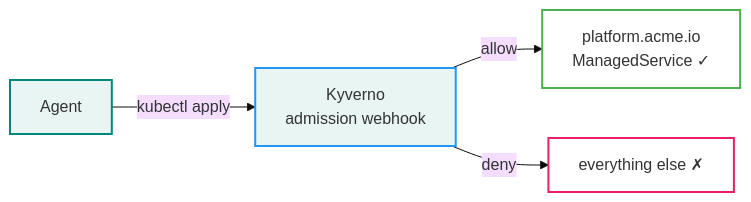
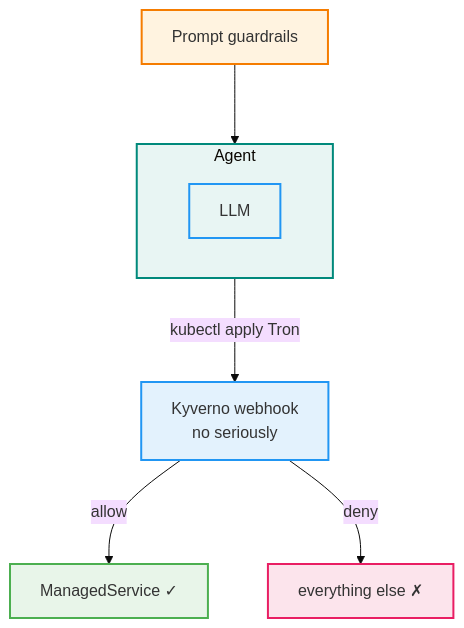
Diagram 15 of 15 in docs/talk/slides-your-platform-next-interface.qmd (wiggitywhitney/cluster-whisperer), drawn with Mermaid (base theme) before and after one commit. The commit also changed other lines of this file and 2 other files, not shown here.

````diff
--- a/docs/talk/slides-your-platform-next-interface.qmd
+++ b/docs/talk/slides-your-platform-next-interface.qmd
@@ -393,11 +487,20 @@
 ```{mermaid}
-flowchart LR
-  A["Agent"] -->|"kubectl apply"| K["Kyverno\nadmission webhook"]
-  K -->|"allow"| MS["platform.acme.io\nManagedService ✓"]
-  K -->|"deny"| X["everything else ✗"]
+%%{init: {'flowchart': {'nodeSpacing': 60, 'rankSpacing': 80}}}%%
+flowchart TD
+  PG["Prompt guardrails"] --> A
+  A -->|"kubectl apply Tron"| GW["`Kyverno webhook
+no seriously`"]
+  GW -->|"allow"| MAS["ManagedService ✓"]
+  GW -->|"deny"| X["everything else ✗"]
 
+  subgraph A["Agent"]
+    L["LLM"]
+  end
+
+  style PG fill:#FFF3E0,stroke:#F57C00,stroke-width:2px
   style A fill:#e8f5f3,stroke:#00897B,stroke-width:2px
-  style K fill:#e8f5f3,stroke:#2196F3,stroke-width:2px
-  style MS fill:none,stroke:#4CAF50,stroke-width:2px
-  style X fill:none,stroke:#E91E63,stroke-width:2px
+  style L fill:#e8f5f3,stroke:#2196F3,stroke-width:2px
+  style GW fill:#E3F2FD,stroke:#2196F3,stroke-width:2px
+  style MAS fill:#E8F5E9,stroke:#4CAF50,stroke-width:2px
+  style X fill:#FCE4EC,stroke:#E91E63,stroke-width:2px
 ```
````
